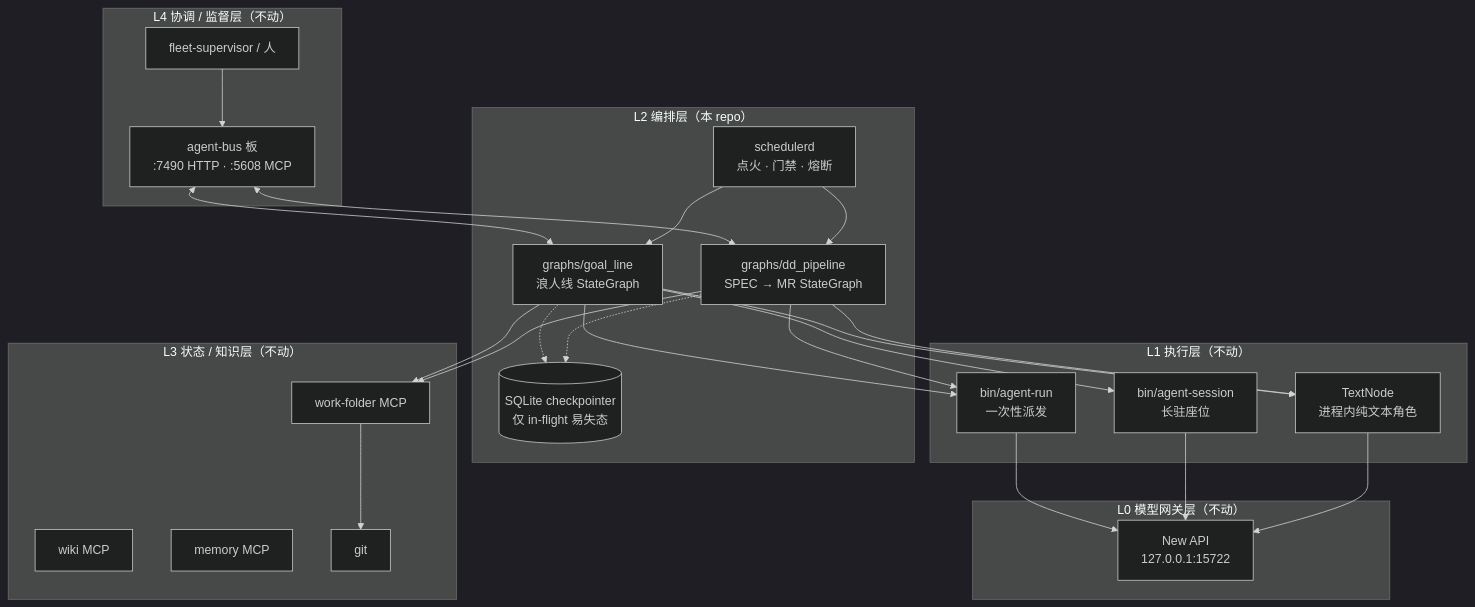
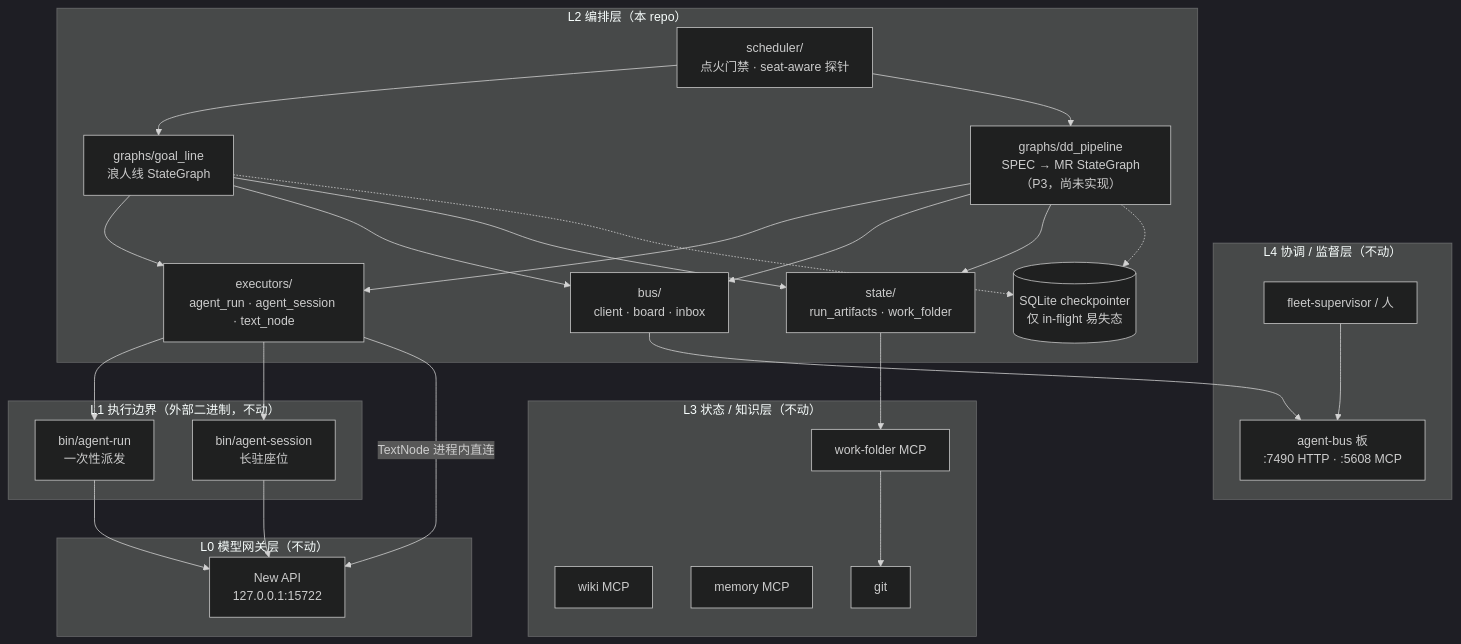
The first of 3 diagrams in docs/architecture.md (Dandi007/fleet-graph), drawn with Mermaid (dark theme) before and after one commit. The commit also changed other lines of this file, not shown here.

Commit message:
docs: fix the layering muddle and the packages the doc never mentioned
Found by the first canary line reading this document against the code, which
is a better review than I gave it myself.

- executors/ was drawn inside L1 'external, unchanged'. It is our code: two
  subprocess wrappers around the L1 binaries, and TextNode, which is entirely
  in-process and touches no binary at all. L1 is now labelled the execution
  *boundary* and the table says explicitly which side each piece is on.
- bus/ and state/ appeared nowhere, despite carrying the human gate and the
  disk contract the document spends sections describing.
- dd_pipeline was referenced in four places as though it existed; it is P3 and
  now says so.

Adds a package table and a section on why a probe face is an endpoint *and* a
credential lane.

````diff
--- a/docs/architecture.md
+++ b/docs/architecture.md
@@ -23,40 +23,43 @@
 ```mermaid
 flowchart TB
     subgraph L4["L4 协调 / 监督层（不动）"]
-        BUS["agent-bus 板<br/>:7490 HTTP · :5608 MCP"]
+        BUSSVC["agent-bus 板<br/>:7490 HTTP · :5608 MCP"]
         SUP["fleet-supervisor / 人"]
     end
     subgraph L3["L3 状态 / 知识层（不动）"]
         WF["work-folder MCP"]
         WIKI["wiki MCP"]
         MEM["memory MCP"]
         GIT["git"]
     end
     subgraph L2["L2 编排层（本 repo）"]
-        SCHED["schedulerd<br/>点火 · 门禁 · 熔断"]
+        SCHED["scheduler/<br/>点火门禁 · seat-aware 探针"]
         GOAL["graphs/goal_line<br/>浪人线 StateGraph"]
-        DD["graphs/dd_pipeline<br/>SPEC → MR StateGraph"]
+        DD["graphs/dd_pipeline<br/>SPEC → MR StateGraph（P3，尚未实现）"]
+        EXEC["executors/<br/>agent_run · agent_session · text_node"]
+        BUS["bus/<br/>client · board · inbox"]
+        STATE["state/<br/>run_artifacts · work_folder"]
         CKPT[("SQLite checkpointer<br/>仅 in-flight 易失态")]
     end
-    subgraph L1["L1 执行层（不动）"]
+    subgraph L1["L1 执行边界（外部二进制，不动）"]
         RUN["bin/agent-run<br/>一次性派发"]
         SESS["bin/agent-session<br/>长驻座位"]
-        TEXT["TextNode<br/>进程内纯文本角色"]
     end
     subgraph L0["L0 模型网关层（不动）"]
         GW["New API<br/>127.0.0.1:15722"]
     end
 
-    SUP --> BUS
-    BUS <--> GOAL
-    BUS <--> DD
+    SUP --> BUSSVC
     SCHED --> GOAL
     SCHED --> DD
-    GOAL --> RUN & SESS & TEXT
-    DD --> RUN & TEXT
-    GOAL & DD --> WF
+    GOAL & DD --> EXEC
+    GOAL & DD --> BUS
+    GOAL & DD --> STATE
+    EXEC --> RUN & SESS
+    EXEC -->|TextNode 进程内直连| GW
+    BUS --> BUSSVC
+    STATE --> WF
     GOAL & DD -.-> CKPT
     WF --> GIT
     RUN & SESS --> GW
-    TEXT --> GW
 ```
````
